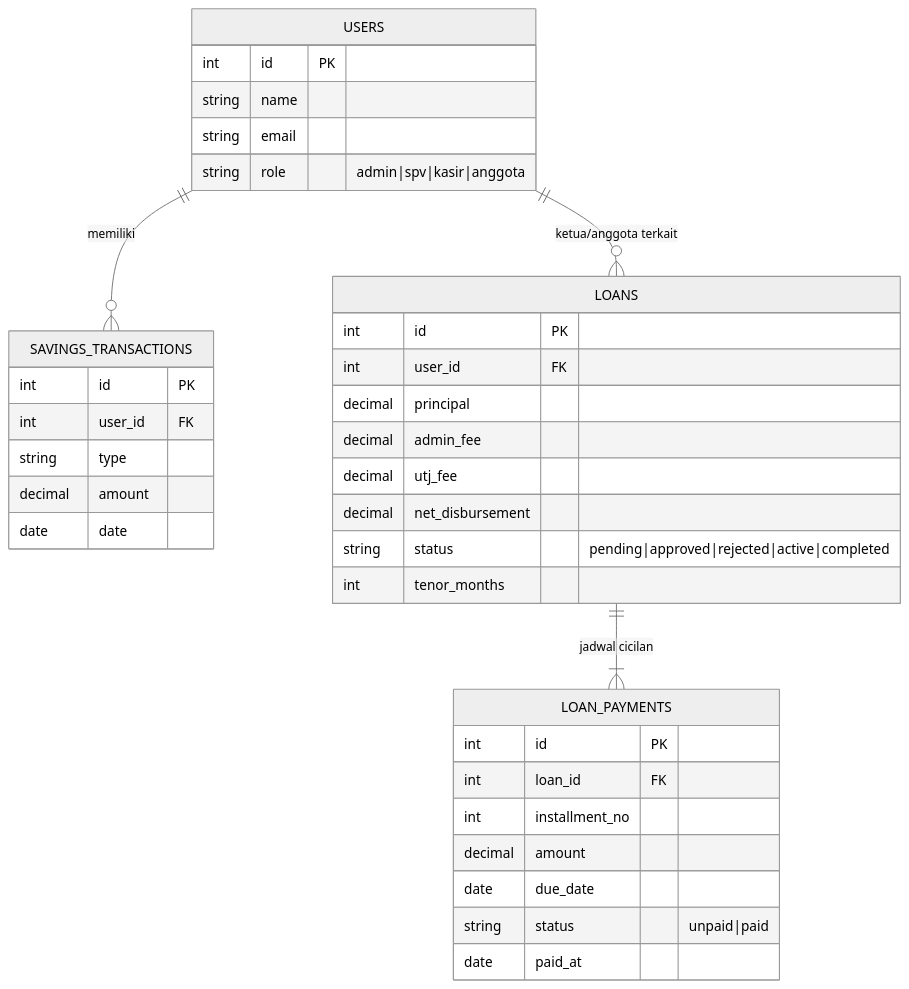
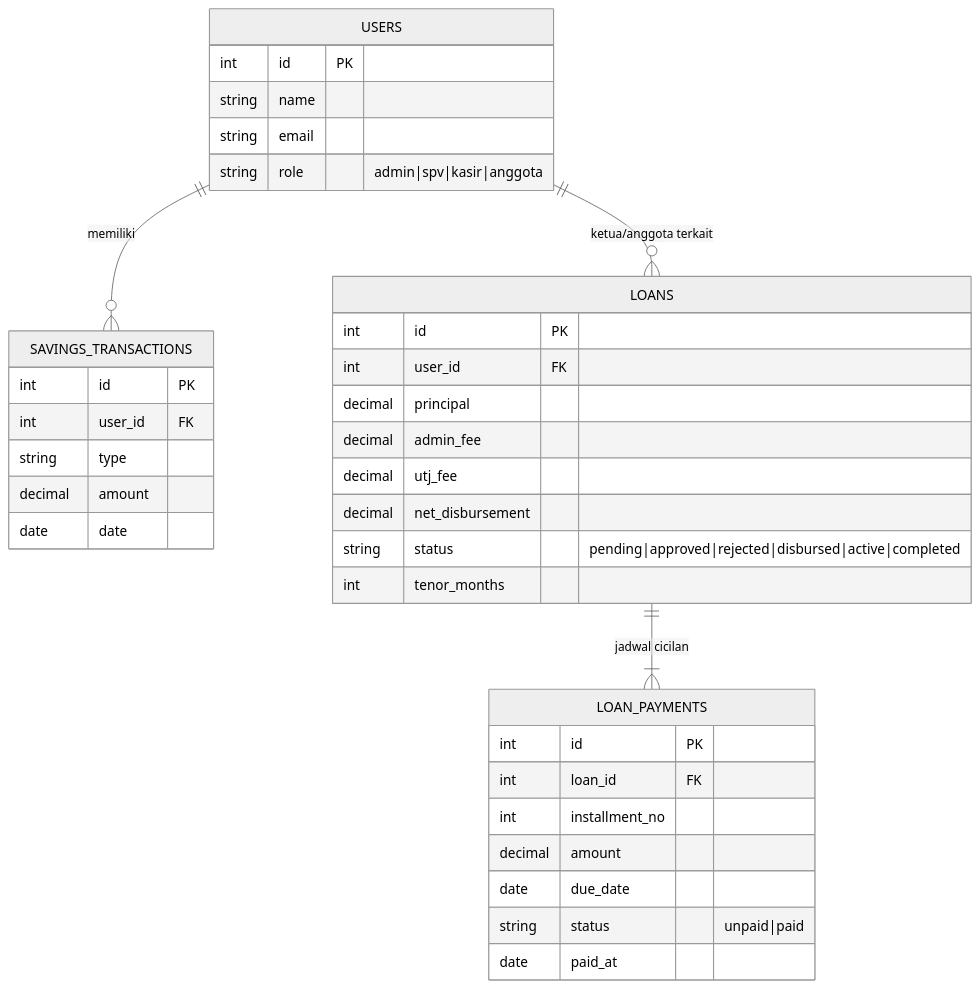
Before and after one commit to adrianakbar/karya_tantri_abadi: the ninth of 10 diagrams in DIAGRAMS_MERMAID.md, drawn with Mermaid (neutral theme). The commit also changed other lines of this file and 71 other files, not shown here.

Commit message:
docs: revisi BAB 4 + dokumentasi UAT blackbox (siklus 1-2, bukti screenshot, diagram activity/sequence/ERD, runbook UAT)

````diff
--- a/DIAGRAMS_MERMAID.md
+++ b/DIAGRAMS_MERMAID.md
@@ -229,38 +229,38 @@
 ```mermaid
 erDiagram
   USERS ||--o{ SAVINGS_TRANSACTIONS : memiliki
   USERS ||--o{ LOANS : "ketua/anggota terkait"
   LOANS ||--|{ LOAN_PAYMENTS : "jadwal cicilan"
   USERS {
     int id PK
     string name
     string email
     string role "admin|spv|kasir|anggota"
   }
   SAVINGS_TRANSACTIONS {
     int id PK
     int user_id FK
     string type
     decimal amount
     date date
   }
   LOANS {
     int id PK
     int user_id FK
     decimal principal
     decimal admin_fee
     decimal utj_fee
     decimal net_disbursement
-    string status "pending|approved|rejected|active|completed"
+    string status "pending|approved|rejected|disbursed|active|completed"
     int tenor_months
   }
   LOAN_PAYMENTS {
     int id PK
     int loan_id FK
     int installment_no
     decimal amount
     date due_date
     string status "unpaid|paid"
     date paid_at
   }
 ```
````
